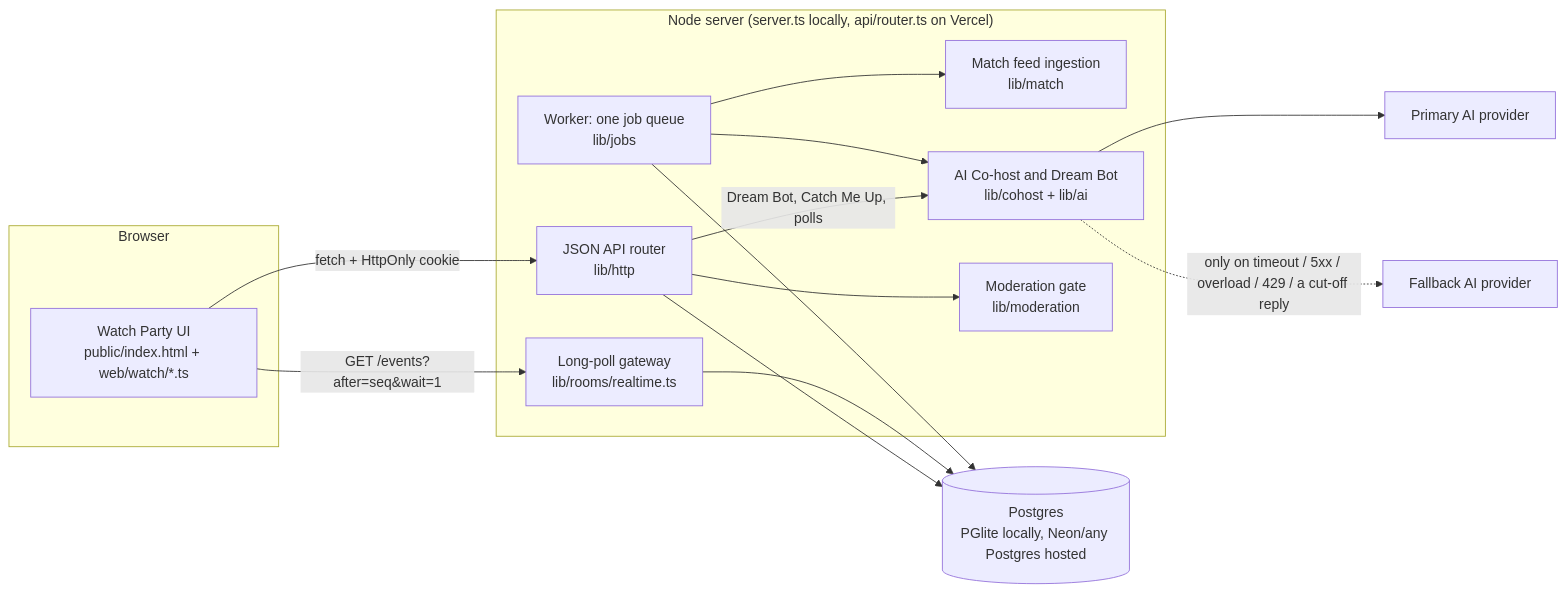
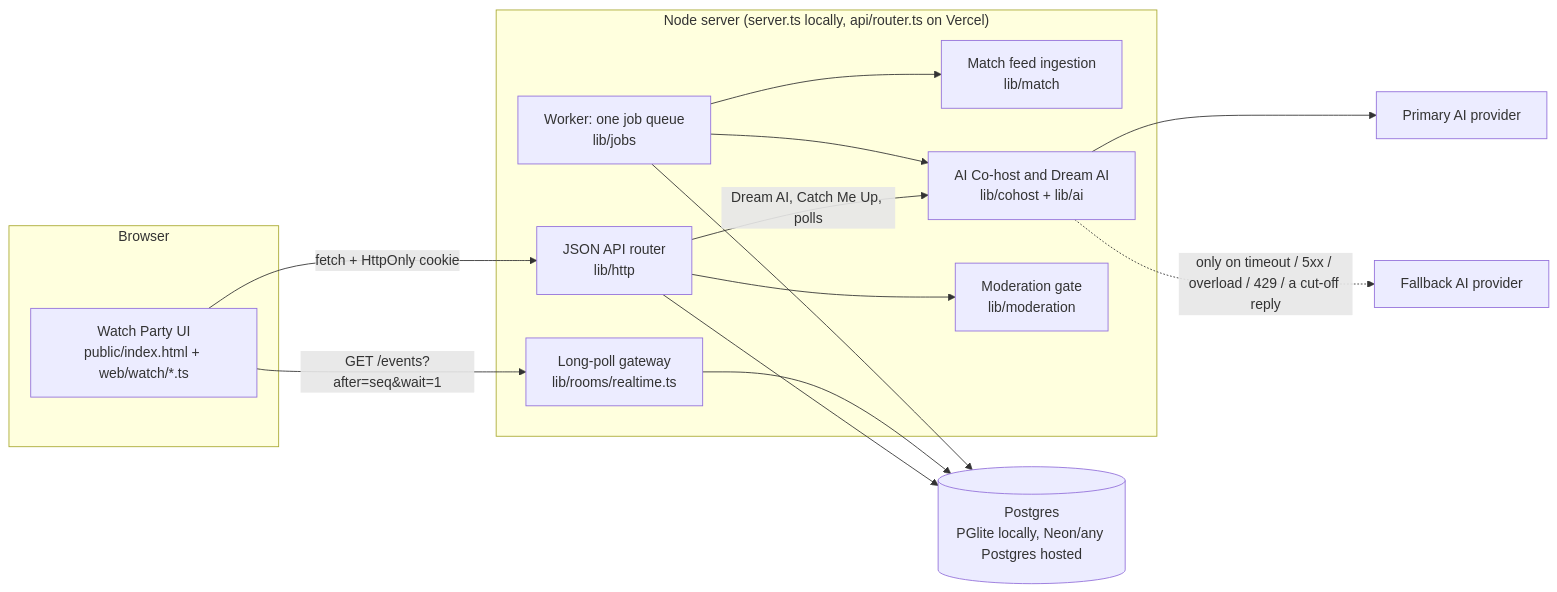
Before and after one commit to ankityadav1asia/huddle: the first of 4 diagrams in docs/architecture.md, drawn with Mermaid. The commit also changed other lines of this file and 17 other files, not shown here.

````diff
--- a/docs/architecture.md
+++ b/docs/architecture.md
@@ -36,28 +36,28 @@
 ```mermaid
 flowchart LR
   subgraph Browser
     UI[Watch Party UI<br/>public/index.html + web/watch/*.ts]
   end
   subgraph Server["Node server (server.ts locally, api/router.ts on Vercel)"]
     API[JSON API router<br/>lib/http]
     RT[Long-poll gateway<br/>lib/rooms/realtime.ts]
     W[Worker: one job queue<br/>lib/jobs]
     FEED[Match feed ingestion<br/>lib/match]
-    CO[AI Co-host and Dream Bot<br/>lib/cohost + lib/ai]
+    CO[AI Co-host and Dream AI<br/>lib/cohost + lib/ai]
     MOD[Moderation gate<br/>lib/moderation]
   end
   DB[(Postgres<br/>PGlite locally, Neon/any Postgres hosted)]
   P1[Primary AI provider]
   P2[Fallback AI provider]
   UI -- "fetch + HttpOnly cookie" --> API
   UI -- "GET /events?after=seq&wait=1" --> RT
   API --> MOD
   API --> DB
-  API -- "Dream Bot, Catch Me Up, polls" --> CO
+  API -- "Dream AI, Catch Me Up, polls" --> CO
   RT --> DB
   W --> DB
   W --> FEED
   W --> CO
   CO --> P1
   CO -. "only on timeout / 5xx / overload / 429 / a cut-off reply" .-> P2
 ```
````
